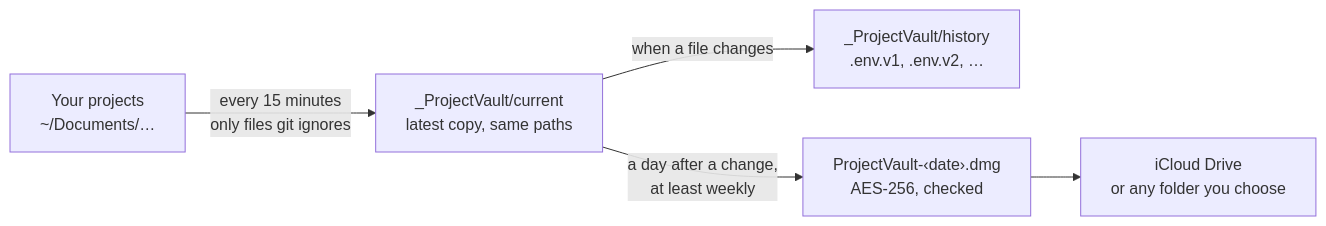
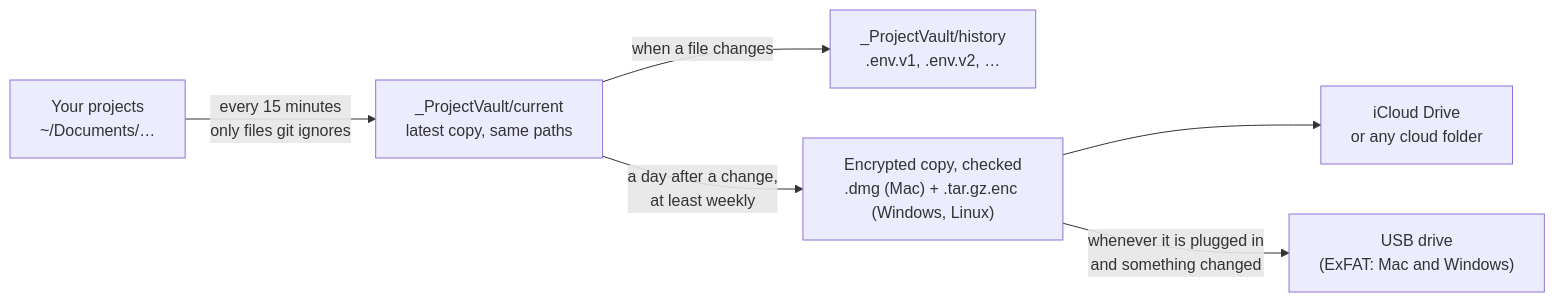
Before and after one commit to zamansheikh/project-vault: the diagram in README.md, drawn with Mermaid. The commit also changed other lines of this file and 7 other files, not shown here.

First line of the commit message:
Project Vault 1.1.0: recover on Windows, USB copies

````diff
--- a/README.md
+++ b/README.md
@@ -67,7 +71,8 @@
 ```mermaid
 flowchart LR
     P["Your projects<br/>~/Documents/…"] -- "every 15 minutes<br/>only files git ignores" --> C["_ProjectVault/current<br/>latest copy, same paths"]
     C -- "when a file changes" --> H["_ProjectVault/history<br/>.env.v1, .env.v2, …"]
-    C -- "a day after a change,<br/>at least weekly" --> D["ProjectVault-‹date›.dmg<br/>AES-256, checked"]
-    D --> I["iCloud Drive<br/>or any folder you choose"]
+    C -- "a day after a change,<br/>at least weekly" --> D["Encrypted copy, checked<br/>.dmg (Mac) + .tar.gz.enc (Windows, Linux)"]
+    D --> I["iCloud Drive<br/>or any cloud folder"]
+    D -- "whenever it is plugged in<br/>and something changed" --> U["USB drive<br/>(ExFAT: Mac and Windows)"]
 ```
````
